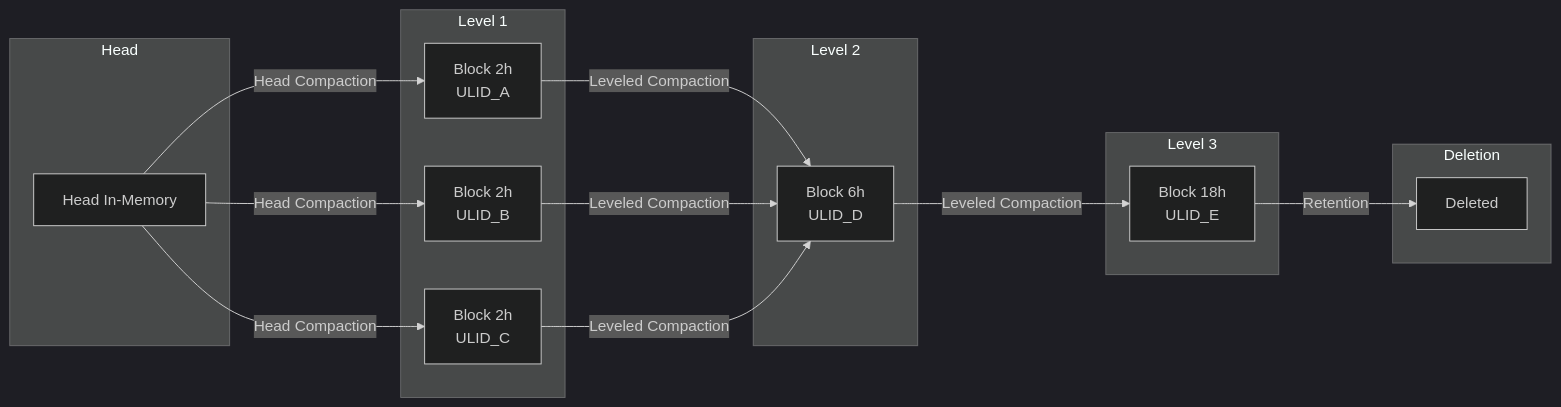
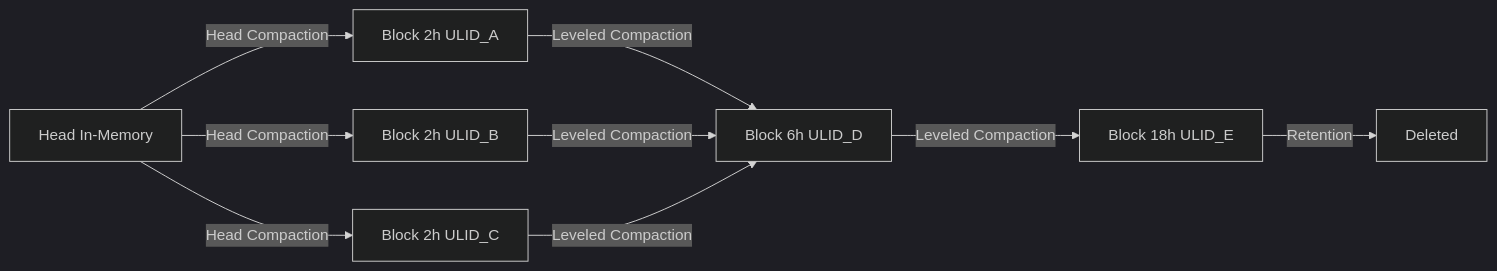
Before and after one commit to miyamadoKL/source-code-reading: the third of 3 diagrams in prometheus/part02-tsdb/07-block-format-and-compaction.md, drawn with Mermaid (dark theme). The commit also changed other lines of this file and 11 other files, not shown here.

````diff
--- a/prometheus/part02-tsdb/07-block-format-and-compaction.md
+++ b/prometheus/part02-tsdb/07-block-format-and-compaction.md
@@ -200,29 +890,19 @@
 ```mermaid
 flowchart LR
-    subgraph Head
-        H[Head In-Memory]
-    end
-    subgraph Level 1
-        B1a[Block 2h<br/>ULID_A]
-        B1b[Block 2h<br/>ULID_B]
-        B1c[Block 2h<br/>ULID_C]
-    end
-    subgraph Level 2
-        B2[Block 6h<br/>ULID_D]
-    end
-    subgraph Level 3
-        B3[Block 18h<br/>ULID_E]
-    end
-    subgraph Deletion
-        D[Deleted]
-    end
+    H["Head In-Memory"]
+    B1a["Block 2h ULID_A"]
+    B1b["Block 2h ULID_B"]
+    B1c["Block 2h ULID_C"]
+    B2["Block 6h ULID_D"]
+    B3["Block 18h ULID_E"]
+    D["Deleted"]
 
-    H -->|Head Compaction| B1a
-    H -->|Head Compaction| B1b
-    H -->|Head Compaction| B1c
-    B1a -->|Leveled Compaction| B2
-    B1b -->|Leveled Compaction| B2
-    B1c -->|Leveled Compaction| B2
-    B2 -->|Leveled Compaction| B3
-    B3 -->|Retention| D
+    H -->|"Head Compaction"| B1a
+    H -->|"Head Compaction"| B1b
+    H -->|"Head Compaction"| B1c
+    B1a -->|"Leveled Compaction"| B2
+    B1b -->|"Leveled Compaction"| B2
+    B1c -->|"Leveled Compaction"| B2
+    B2 -->|"Leveled Compaction"| B3
+    B3 -->|"Retention"| D
 ```
````
